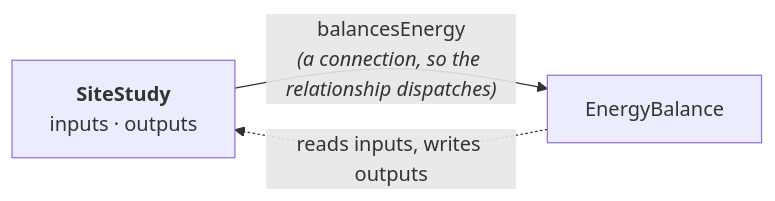
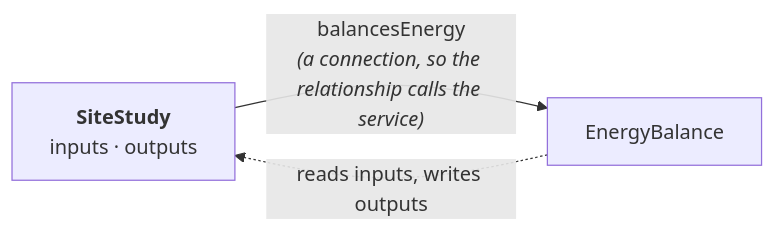
One commit to ReGen-Villages/VillageOS-API changed the second of 11 diagrams in docs/LAND_INTAKE.md. Above: the diagram before and after it, drawn with Mermaid. The commit also changed other lines of this file, not shown here.

````diff
--- a/docs/LAND_INTAKE.md
+++ b/docs/LAND_INTAKE.md
@@ -145,5 +145,5 @@
 ```mermaid
 flowchart LR
-  ST["<b>SiteStudy</b><br/>inputs · outputs"] -->|"balancesEnergy<br/><i>(a connection, so the relationship dispatches)</i>"| SV["EnergyBalance"]
+  ST["<b>SiteStudy</b><br/>inputs · outputs"] -->|"balancesEnergy<br/><i>(a connection, so the relationship calls the service)</i>"| SV["EnergyBalance"]
   SV -.->|"reads inputs, writes outputs"| ST
 ```
````
